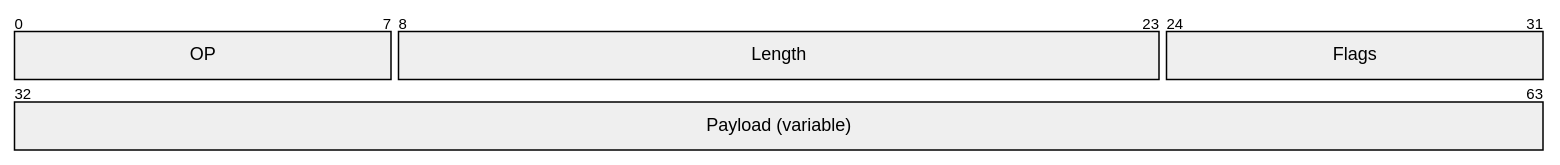
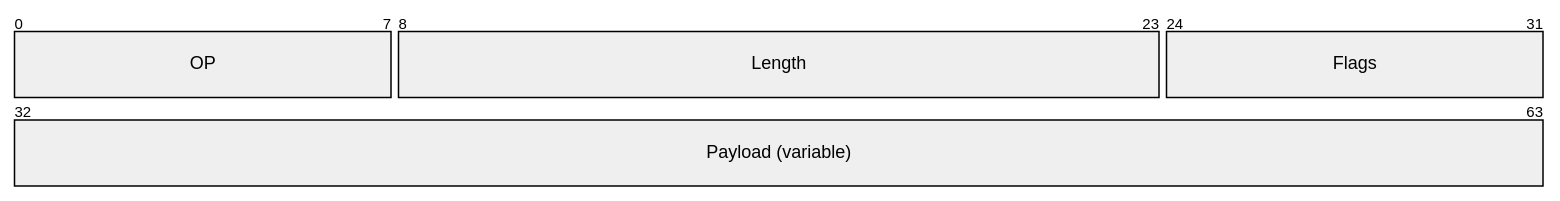
Diagram 19 of 34 in _Meta/Mermaid Preview.md (zelvet-velvet/agent-worklog-vault), drawn with Mermaid before and after one commit. The commit also changed other lines of this file and 4 other files, not shown here.

Commit message:
style(mermaid): solid fills, white label chips, taller gantt / packet, highlight hugs text

````diff
--- a/_Meta/Mermaid Preview.md
+++ b/_Meta/Mermaid Preview.md
@@ -716,7 +728,12 @@
 ```mermaid
+---
+config:
+  packet:
+    rowHeight: 44
+---
 packet-beta
     0-7: "OP"
     8-23: "Length"
     24-31: "Flags"
     32-63: "Payload (variable)"
 ```
````
